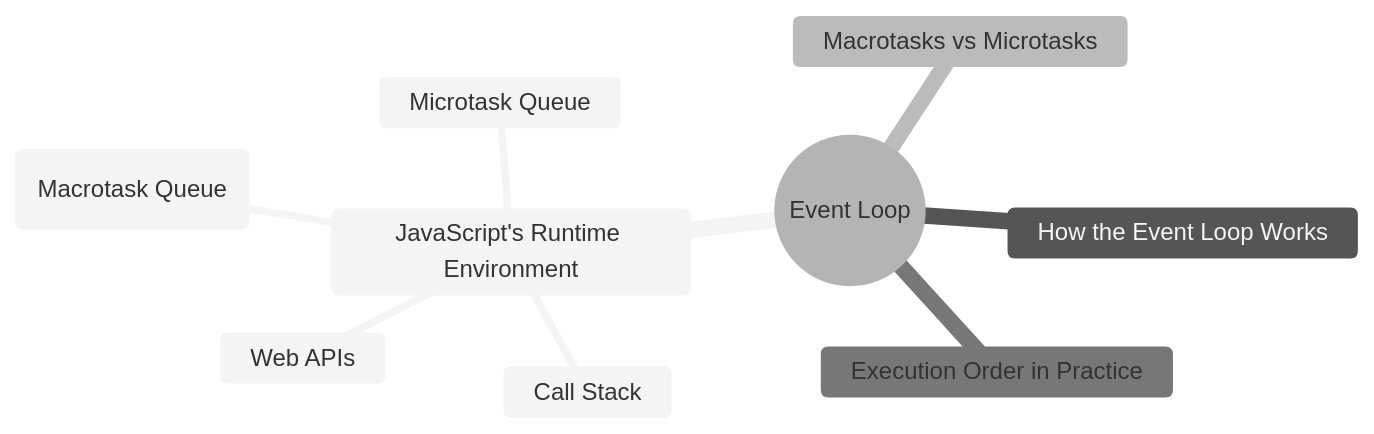
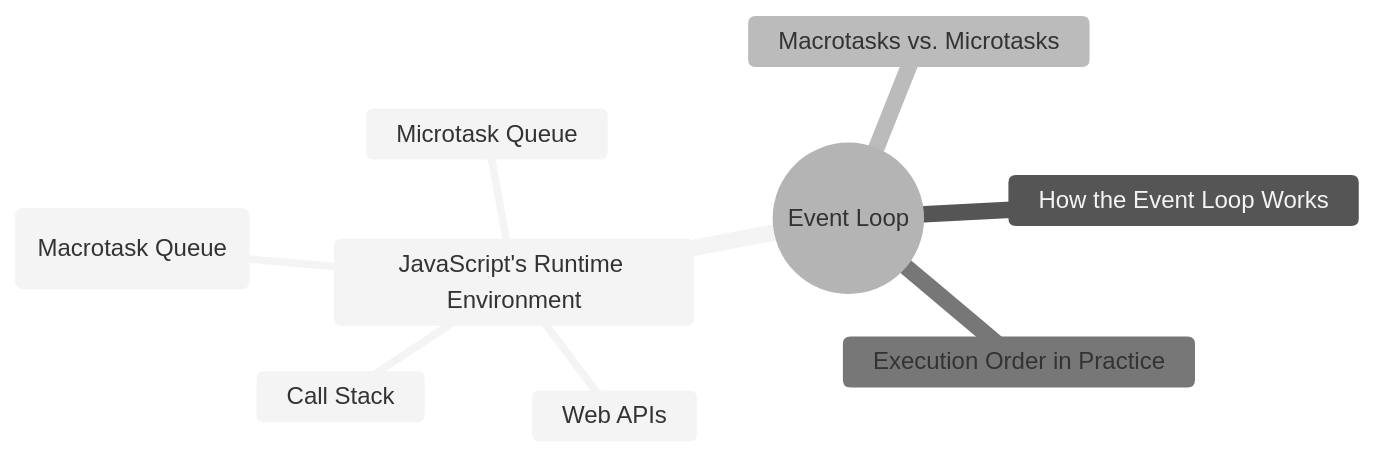
The first of 3 diagrams in src/posts/en/javascript-event-loop.mdx (Charmying/blog), drawn with Mermaid (neutral theme) before and after one commit. The commit also changed other lines of this file and 40 other files, not shown here.

````diff
--- a/src/posts/en/javascript-event-loop.mdx
+++ b/src/posts/en/javascript-event-loop.mdx
@@ -14,12 +14,12 @@
 ```mermaid
 mindmap
   	root((Event Loop))
     	JavaScript's Runtime Environment
       		Call Stack
       		Web APIs
       		Task Queue (Macrotask Queue)
       		Microtask Queue
     	How the Event Loop Works
-    	Macrotasks vs Microtasks
+    	Macrotasks vs. Microtasks
     	Execution Order in Practice
 ```
````
